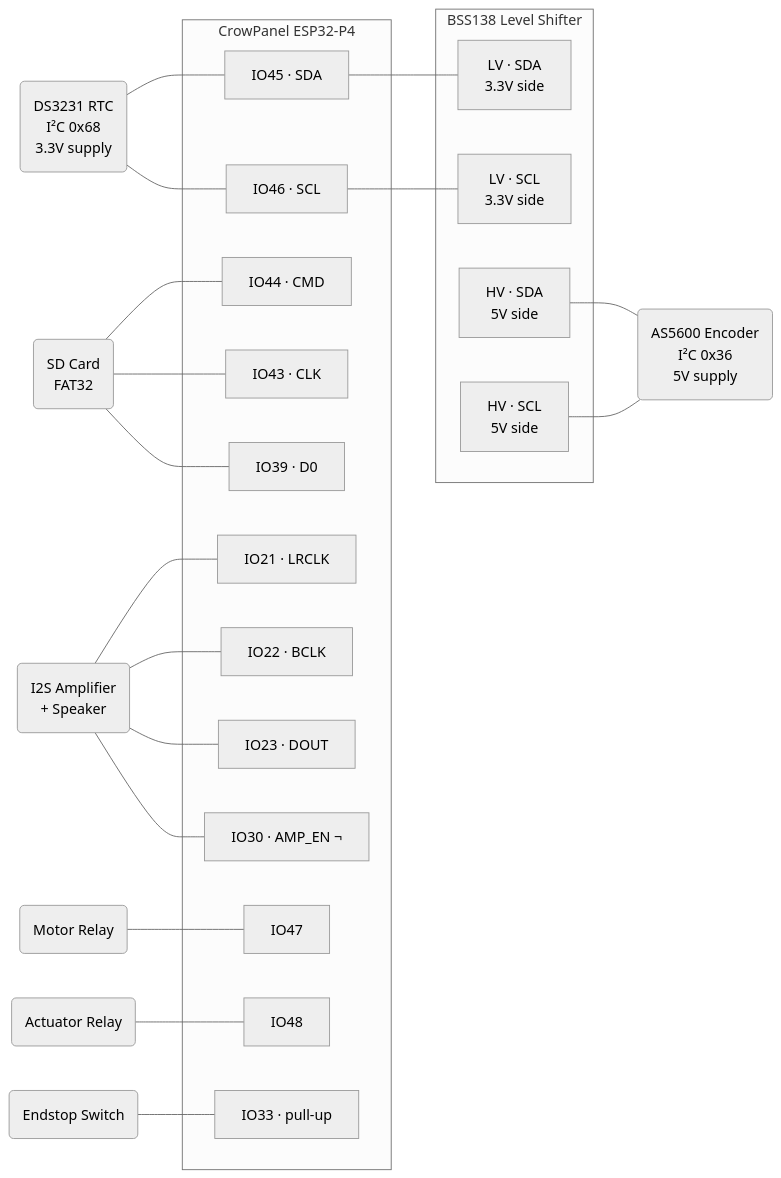
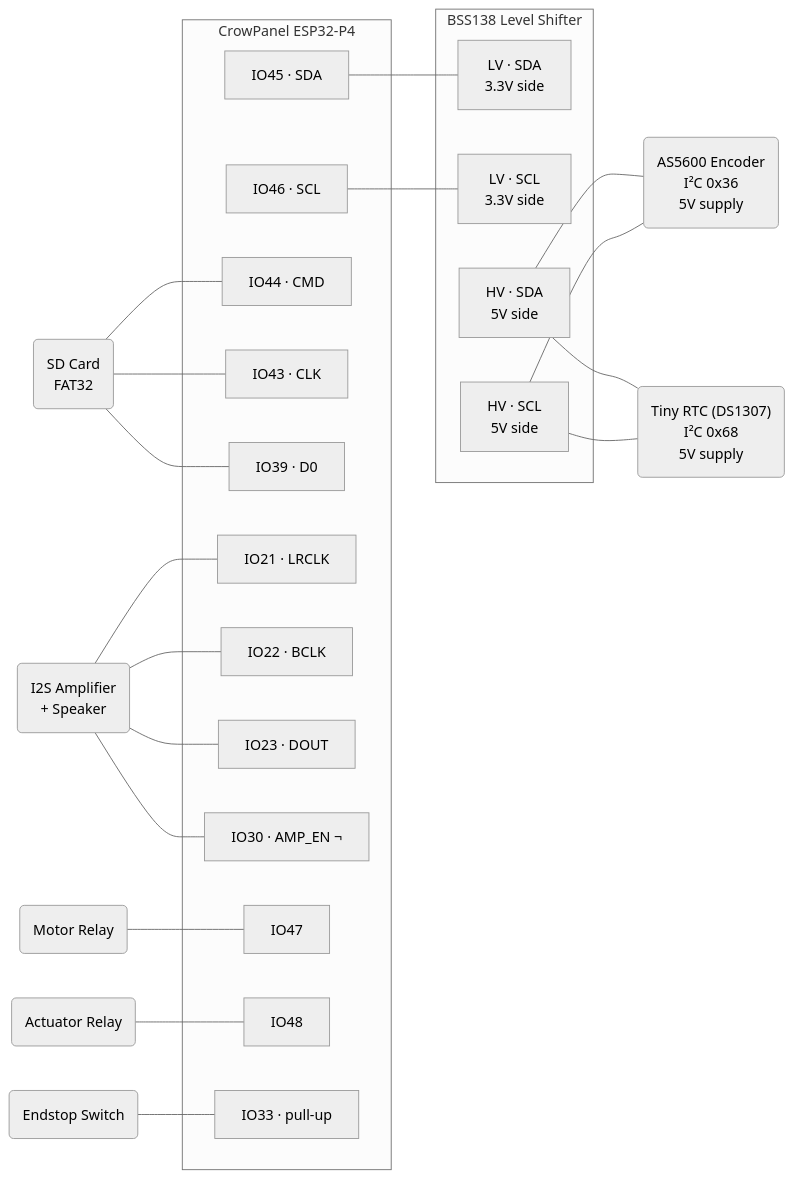
The diagram in README.md (janreinhartp/DigitalCharpyImpactTestingMachine), drawn with Mermaid (neutral theme) before and after one commit. The commit also changed other lines of this file and 2 other files, not shown here.

Commit message:
Replace DS3231 with DS1307 (Tiny RTC) in RTC implementation and documentation

````diff
--- a/README.md
+++ b/README.md
@@ -21,49 +21,49 @@
 ```mermaid
 graph LR
     AS5600("AS5600 Encoder\nI²C 0x36\n5V supply")
-    DS3231("DS3231 RTC\nI²C 0x68\n3.3V supply")
+    DS1307("Tiny RTC (DS1307)\nI²C 0x68\n5V supply")
     SD("SD Card\nFAT32")
     AMP("I2S Amplifier\n+ Speaker")
     MOTOR("Motor Relay")
     ACTUATOR("Actuator Relay")
     ENDSTOP("Endstop Switch")
 
     subgraph LS ["BSS138 Level Shifter"]
         LV_SDA["LV · SDA\n3.3V side"]
         LV_SCL["LV · SCL\n3.3V side"]
         HV_SDA["HV · SDA\n5V side"]
         HV_SCL["HV · SCL\n5V side"]
     end
 
     subgraph ESP32P4 ["CrowPanel ESP32-P4"]
         I2C_SDA["IO45 · SDA"]
         I2C_SCL["IO46 · SCL"]
         SD_CMD["IO44 · CMD"]
         SD_CLK["IO43 · CLK"]
         SD_D0["IO39 · D0"]
         I2S_LR["IO21 · LRCLK"]
         I2S_BCLK["IO22 · BCLK"]
         I2S_DOUT["IO23 · DOUT"]
         AMP_EN["IO30 · AMP_EN ¬"]
         IO47["IO47"]
         IO48["IO48"]
         IO33["IO33 · pull-up"]
     end
 
     I2C_SDA --- LV_SDA
     I2C_SCL --- LV_SCL
     HV_SDA --- AS5600
     HV_SCL --- AS5600
-    DS3231 --- I2C_SDA
-    DS3231 --- I2C_SCL
+    HV_SDA --- DS1307
+    HV_SCL --- DS1307
     SD --- SD_CMD
     SD --- SD_CLK
     SD --- SD_D0
     AMP --- I2S_LR
     AMP --- I2S_BCLK
     AMP --- I2S_DOUT
     AMP --- AMP_EN
     MOTOR --- IO47
     ACTUATOR --- IO48
     ENDSTOP --- IO33
 ```
````
